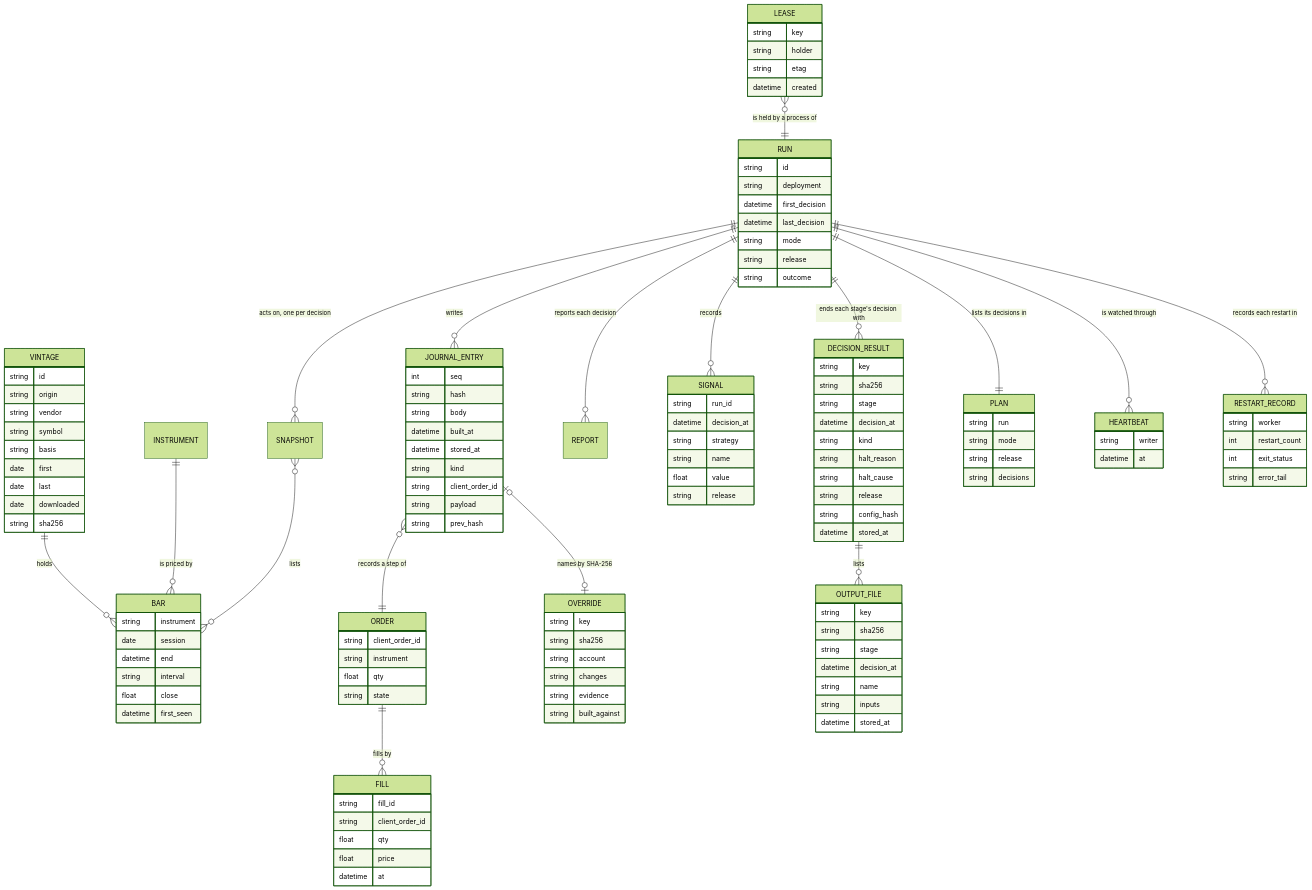
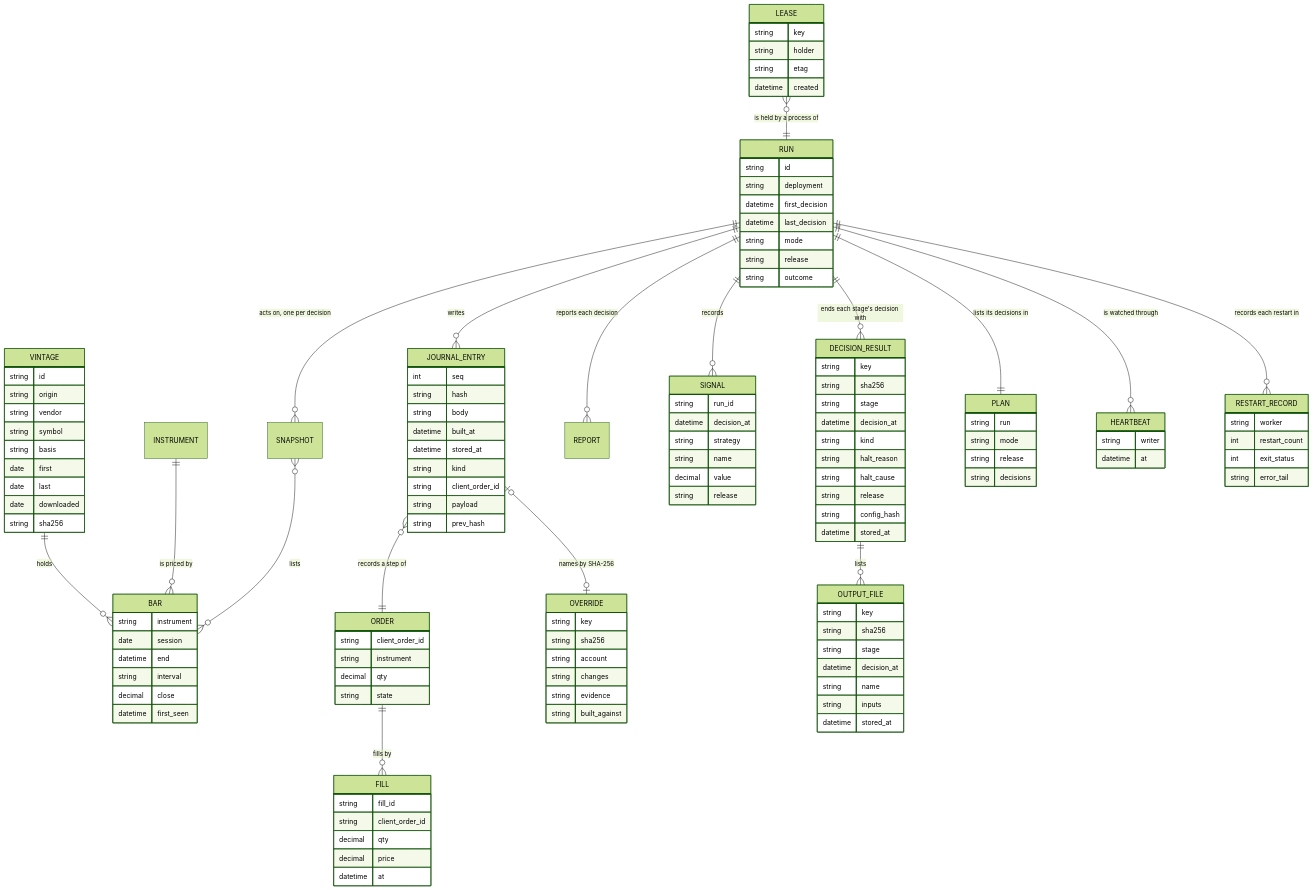
One commit to l3a0/ithildin-runtime changed diagram 14 of 16 in docs/architecture.md. Above: the diagram before and after it, drawn with Mermaid (forest theme). The commit also changed other lines of this file and 1 other file, not shown here.

First line of the commit message:
docs(architecture): define the canonical file format and the key layout

```diff
--- a/docs/architecture.md
+++ b/docs/architecture.md
@@ -1609,7 +1609,7 @@
         date session
         datetime end
         string interval
-        float close
+        decimal close
         datetime first_seen
     }
     RUN {
@@ -1626,7 +1626,7 @@
         datetime decision_at
         string strategy
         string name
-        float value
+        decimal value
         string release
     }
     DECISION_RESULT {
@@ -1664,14 +1664,14 @@
     ORDER {
         string client_order_id
         string instrument
-        float qty
+        decimal qty
         string state
     }
     FILL {
         string fill_id
         string client_order_id
-        float qty
-        float price
+        decimal qty
+        decimal price
         datetime at
     }
     PLAN {
```
